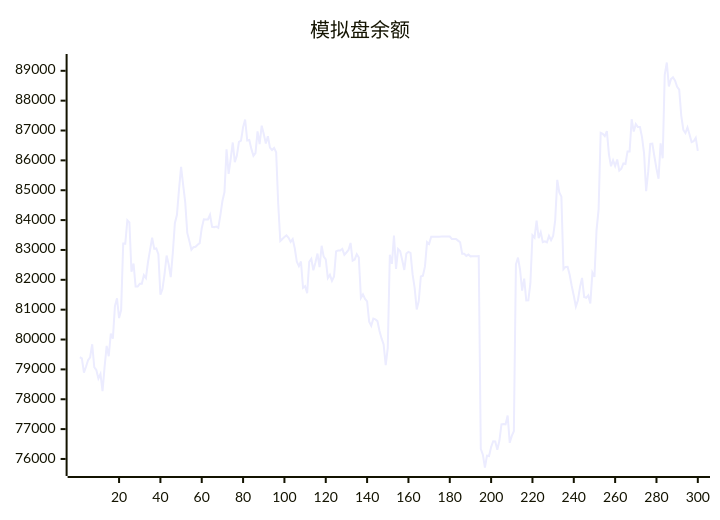
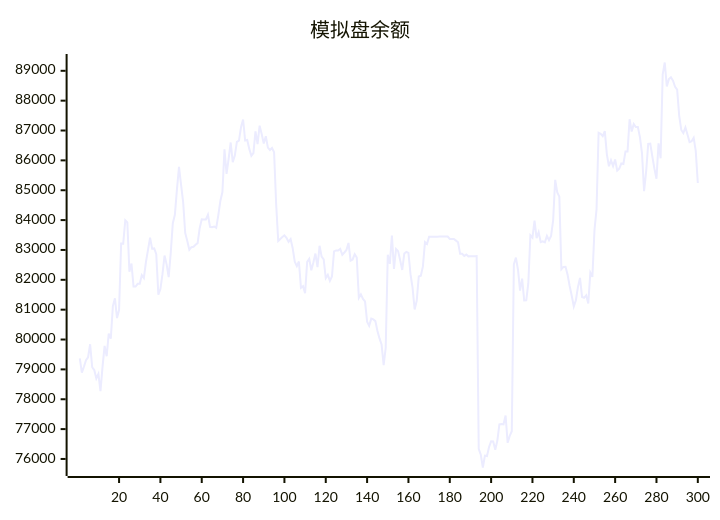
The diagram in README.md (aahl/ai-trading), drawn with Mermaid before and after one commit. The commit also changed other lines of this file and 1 other file, not shown here.

````diff
--- a/README.md
+++ b/README.md
@@ -5,5 +5,5 @@
 ```mermaid
 xychart
     title "模拟盘余额"
-    line [79406,79371,78893,79087,79304,79406,79841,79072,78978,78696,78846,78272,79085,79787,79442,80198,80031,81120,81379,80718,80985,83214,83212,83993,83921,82270,82547,81776,81776,81866,81866,82158,82061,82596,83000,83408,83041,83050,82858,81503,81691,82188,82812,82517,82092,82901,83898,84180,85030,85781,85178,84604,83569,83298,83008,83093,83107,83175,83228,83729,84025,84017,84019,84177,83775,83762,83785,83738,84160,84639,84939,86370,85548,86046,86599,85942,86161,86622,86664,87115,87369,86666,86685,86384,86152,86243,86969,86548,87164,86885,86566,86809,86427,86348,86417,86273,84538,83299,83369,83430,83490,83404,83270,83362,83056,82605,82459,82614,81734,81788,81551,82598,82702,82320,82580,82878,82426,83139,82778,82686,82056,82166,81963,82110,82951,82983,82984,83038,82838,82915,82998,83235,82642,82682,82858,82746,81396,81512,81362,81277,80600,80461,80699,80673,80616,80288,80038,79836,79142,79722,82837,82533,83480,82366,83032,82960,82654,82330,82883,82934,82901,82188,81728,81005,81298,82110,82135,82449,83264,83203,83440,83439,83440,83440,83446,83447,83448,83447,83448,83449,83369,83369,83369,83313,83256,82872,82873,82801,82844,82785,82791,82791,82793,82794,76339,76145,75714,76110,76096,76397,76594,76585,76310,76607,77160,77170,77160,77456,76541,76774,76927,82520,82744,82337,81639,82040,81307,81314,81887,83490,83414,83984,83396,83594,83261,83287,83253,83470,83327,83465,83987,85348,84930,84786,82355,82433,82438,82167,81795,81466,81105,81315,81756,82064,81426,81398,81481,81210,82242,82099,83658,84359,86925,86892,86814,86980,86203,85802,86003,85811,86028,85657,85721,85896,85880,86300,86299,87378,86965,87214,87115,87118,86780,86238,84966,85623,86555,86562,86129,85722,85387,86569,86070,88870,89278,88477,88720,88781,88668,88467,88372,87493,87018,86917,87102,86870,86613,86644,86758,86317]
+    line [79371,78893,79087,79304,79406,79841,79072,78978,78696,78846,78272,79085,79787,79442,80198,80031,81120,81379,80718,80985,83214,83212,83993,83921,82270,82547,81776,81776,81866,81866,82158,82061,82596,83000,83408,83041,83050,82858,81503,81691,82188,82812,82517,82092,82901,83898,84180,85030,85781,85178,84604,83569,83298,83008,83093,83107,83175,83228,83729,84025,84017,84019,84177,83775,83762,83785,83738,84160,84639,84939,86370,85548,86046,86599,85942,86161,86622,86664,87115,87369,86666,86685,86384,86152,86243,86969,86548,87164,86885,86566,86809,86427,86348,86417,86273,84538,83299,83369,83430,83490,83404,83270,83362,83056,82605,82459,82614,81734,81788,81551,82598,82702,82320,82580,82878,82426,83139,82778,82686,82056,82166,81963,82110,82951,82983,82984,83038,82838,82915,82998,83235,82642,82682,82858,82746,81396,81512,81362,81277,80600,80461,80699,80673,80616,80288,80038,79836,79142,79722,82837,82533,83480,82366,83032,82960,82654,82330,82883,82934,82901,82188,81728,81005,81298,82110,82135,82449,83264,83203,83440,83439,83440,83440,83446,83447,83448,83447,83448,83449,83369,83369,83369,83313,83256,82872,82873,82801,82844,82785,82791,82791,82793,82794,76339,76145,75714,76110,76096,76397,76594,76585,76310,76607,77160,77170,77160,77456,76541,76774,76927,82520,82744,82337,81639,82040,81307,81314,81887,83490,83414,83984,83396,83594,83261,83287,83253,83470,83327,83465,83987,85348,84930,84786,82355,82433,82438,82167,81795,81466,81105,81315,81756,82064,81426,81398,81481,81210,82242,82099,83658,84359,86925,86892,86814,86980,86203,85802,86003,85811,86028,85657,85721,85896,85880,86300,86299,87378,86965,87214,87115,87118,86780,86238,84966,85623,86555,86562,86129,85722,85387,86569,86070,88870,89278,88477,88720,88781,88668,88467,88372,87493,87018,86917,87102,86870,86613,86644,86758,86317,85242]
 ```
````
